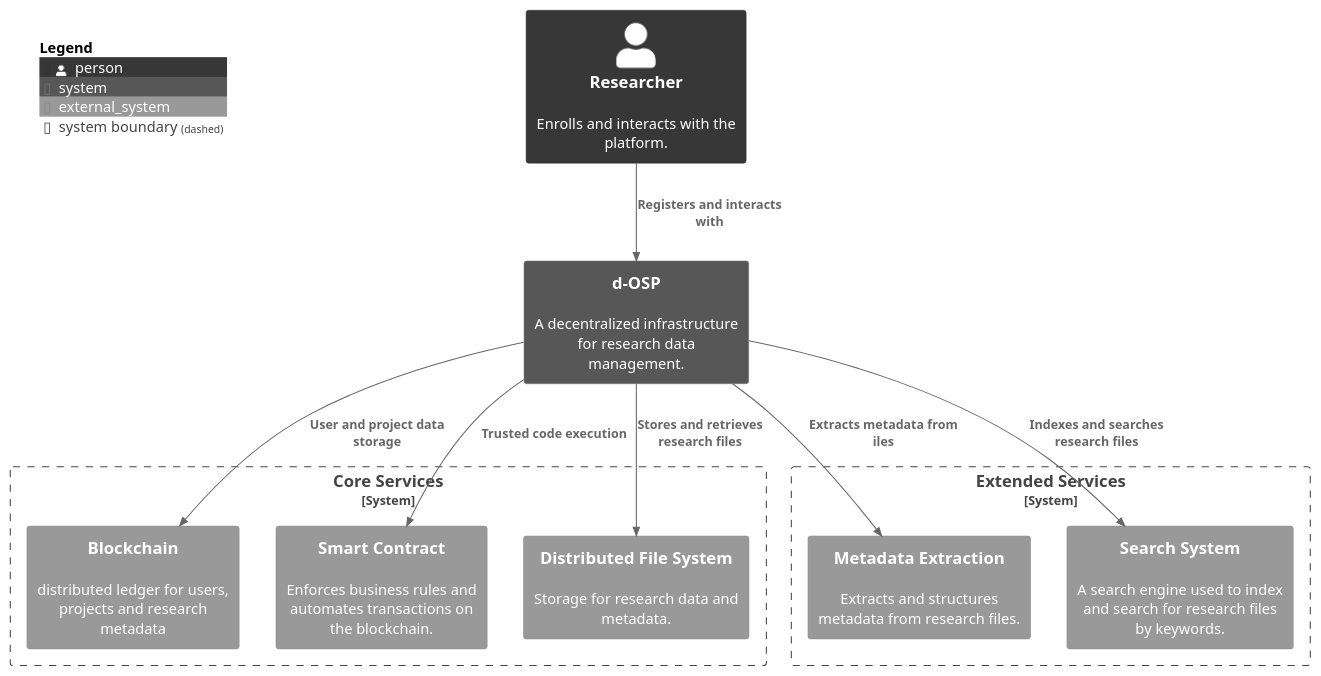
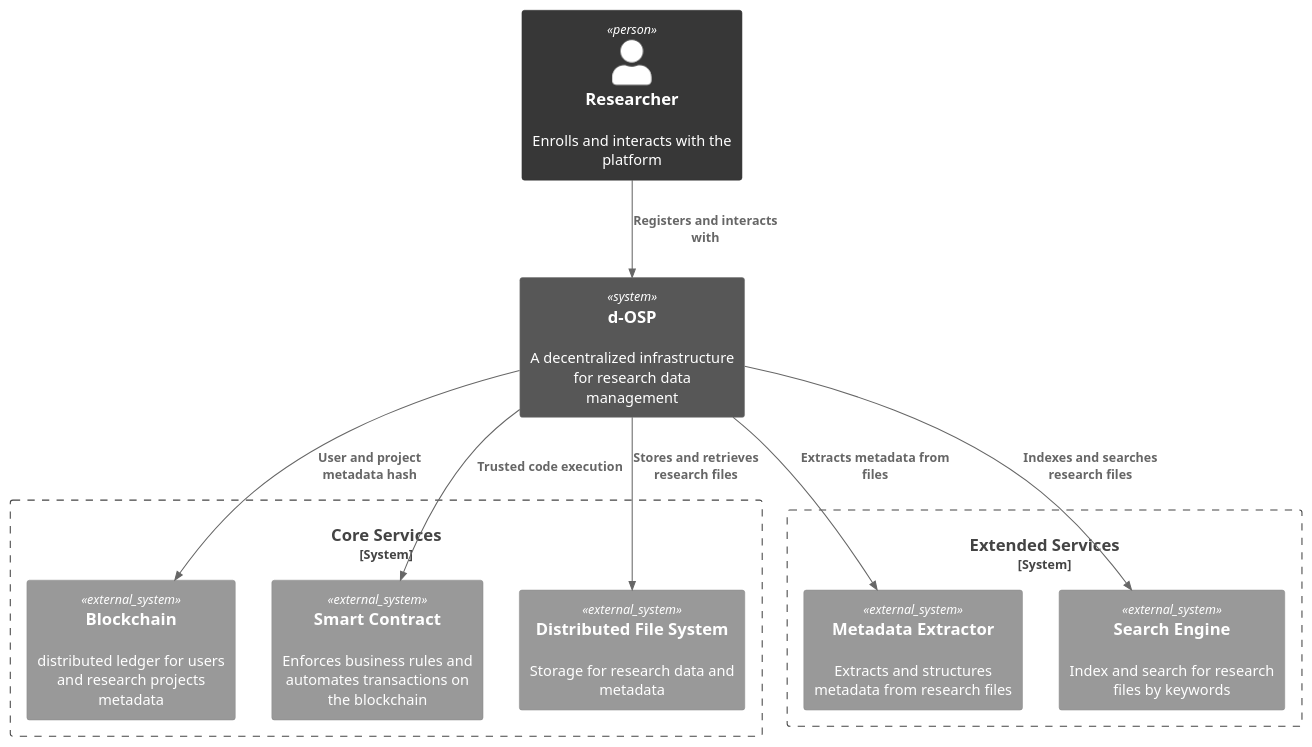
The diagram in diagrams/plantUML/c4_context_diagram.wsd (OliveiraEdu/d-OSP), drawn with PlantUML before and after one commit. The commit also changed 27 other files, not shown here.

Commit message:
new diagrams

```diff
--- a/diagrams/plantUML/c4_context_diagram.wsd
+++ b/diagrams/plantUML/c4_context_diagram.wsd
@@ -1,39 +1,37 @@
 @startuml
 
 !include https://raw.githubusercontent.com/plantuml-stdlib/C4-PlantUML/master/C4_Context.puml
 
 skinparam monochrome true
 
 ' LAYOUT_WITH_LEGEND()
 
 ' title System Context Diagram for Open Science Platform
 
-Person(user, "Researcher", "Enrolls and interacts with the platform.")
+Person(user, "Researcher", "Enrolls and interacts with the platform")
 
-System(open_science_platform, "d-OSP", "A decentralized infrastructure for research data management.")
+System(open_science_platform, "d-OSP", "A decentralized infrastructure for research data management")
 
 System_Boundary(open_science_boundary, "Core Services") {
-    System_Ext(blockchain, "Blockchain", "distributed ledger for users, projects and research metadata")
-    System_Ext(smart_contract, "Smart Contract", "Enforces business rules and automates transactions on the blockchain.")
+    System_Ext(blockchain, "Blockchain", "distributed ledger for users and research projects metadata")
+    System_Ext(smart_contract, "Smart Contract", "Enforces business rules and automates transactions on the blockchain")
     
-    System_Ext(ipfs, "Distributed File System", "Storage for research data and metadata.")
+    System_Ext(ipfs, "Distributed File System", "Storage for research data and metadata")
 
 }
 
-
 System_Boundary(metadata_boundary, "Extended Services") {
-    System_Ext(metadata_extraction, "Metadata Extraction", "Extracts and structures metadata from research files.")
-    System_Ext(search_system, "Search System", "A search engine used to index and search for research files by keywords.")
+    System_Ext(metadata_extraction, "Metadata Extractor", "Extracts and structures metadata from research files")
+    System_Ext(search_system, "Search Engine", "Index and search for research files by keywords")
 }
-
 
 Rel(user, open_science_platform, "Registers and interacts with")
 Rel(open_science_platform, smart_contract, "Trusted code execution")
-Rel(open_science_platform, blockchain, "User and project data storage")
+Rel(open_science_platform, blockchain, "User and project metadata hash")
 Rel(open_science_platform, ipfs, "Stores and retrieves research files")
-Rel(open_science_platform, metadata_extraction, "Extracts metadata from iles")
+Rel(open_science_platform, metadata_extraction, "Extracts metadata from files")
 Rel(open_science_platform, search_system, "Indexes and searches research files")
 
-SHOW_FLOATING_LEGEND()
-Lay_Distance(LEGEND(), blockchain, 1)
+' SHOW_FLOATING_LEGEND()
+' Lay_Distance(LEGEND(), blockchain, 1)
 @enduml
```
